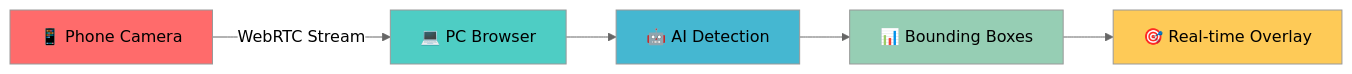
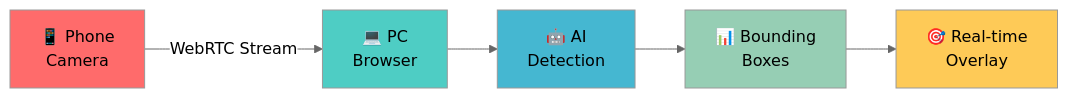
One commit to Srinidhi-070/webrtc-vlm-detection changed the diagram in README.md. Above: the diagram before and after it, drawn with Mermaid (neutral theme). The commit also changed other lines of this file and 32 other files, not shown here.

Commit message:
Fix object detection and cleanup project structure - Working WebRTC detection with proper bounding box overlay - Remove redundant files and improve startup scripts - Object detection now works only on remote camera feed - Canvas overlay properly aligned with video dimensions

````diff
--- a/README.md
+++ b/README.md
@@ -50,13 +137,19 @@
 ```mermaid
 graph LR
-    A[📱 Phone Camera] -->|WebRTC Stream| B[💻 PC Browser]
-    B --> C[🤖 AI Detection]
-    C --> D[📊 Bounding Boxes]
-    D --> E[🎯 Real-time Overlay]
-    
-    style A fill:#ff6b6b
-    style B fill:#4ecdc4
-    style C fill:#45b7d1
-    style D fill:#96ceb4
-    style E fill:#feca57
+    A[📱 Phone<br>Camera]
+    B[💻 PC<br>Browser]
+    C[🤖 AI<br>Detection]
+    D[📊 Bounding<br>Boxes]
+    E[🎯 Real-time<br>Overlay]
+
+    A -->|WebRTC Stream| B
+    B --> C
+    C --> D
+    D --> E
+
+    style A fill:#ff6b6b,color:#000
+    style B fill:#4ecdc4,color:#000
+    style C fill:#45b7d1,color:#000
+    style D fill:#96ceb4,color:#000
+    style E fill:#feca57,color:#000
 ```
````
